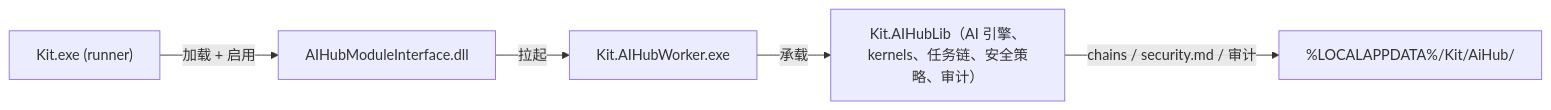
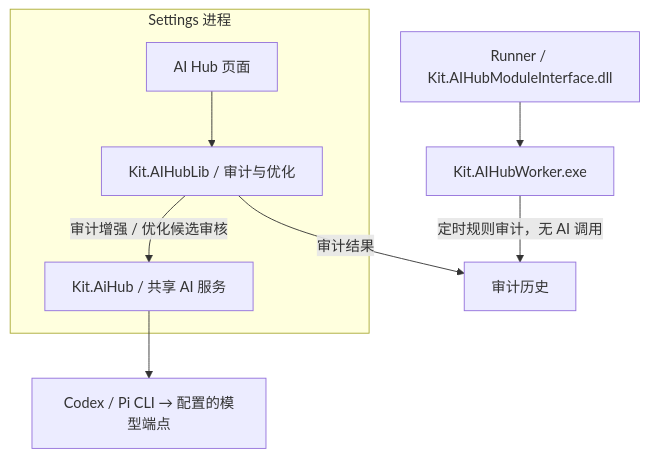
One commit to guijianchou/Kit changed the sixth of 7 diagrams in README_zh.md. Above: the diagram before and after it, drawn with Mermaid. The commit also changed other lines of this file and 3 other files, not shown here.

````diff
--- a/README_zh.md
+++ b/README_zh.md
@@ -196,11 +166,11 @@
 ```mermaid
-flowchart LR
-    R["Kit.exe (runner)"]
-    MI["AIHubModuleInterface.dll"]
-    W["Kit.AIHubWorker.exe"]
-    LIB["Kit.AIHubLib（AI 引擎、kernels、任务链、安全策略、审计）"]
-    R -->|"加载 + 启用"| MI
-    MI -->|"拉起"| W
-    W -->|"承载"| LIB
-    LIB -->|"chains / security.md / 审计"| D["%LOCALAPPDATA%/Kit/AiHub/"]
+flowchart TB
+    subgraph S["Settings 进程"]
+        PG["AI Hub 页面"] --> LIB["Kit.AIHubLib / 审计与优化"]
+        LIB -->|"审计增强 / 优化候选审核"| AI["Kit.AiHub / 共享 AI 服务"]
+    end
+    AI --> CLI["Codex / Pi CLI → 配置的模型端点"]
+    LIB -->|"审计结果"| H["审计历史"]
+    MI["Runner / Kit.AIHubModuleInterface.dll"] --> W["Kit.AIHubWorker.exe"]
+    W -->|"定时规则审计，无 AI 调用"| H
 ```
````
